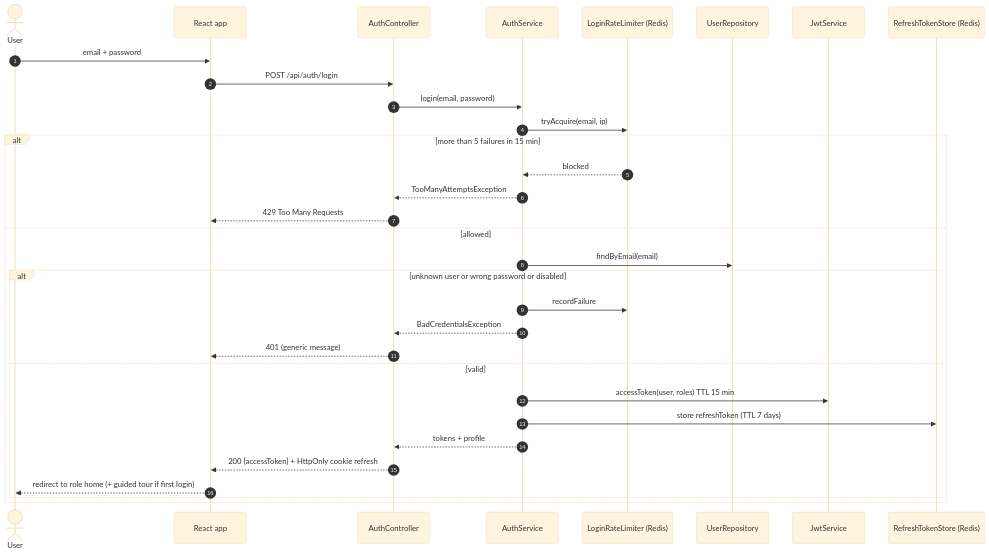
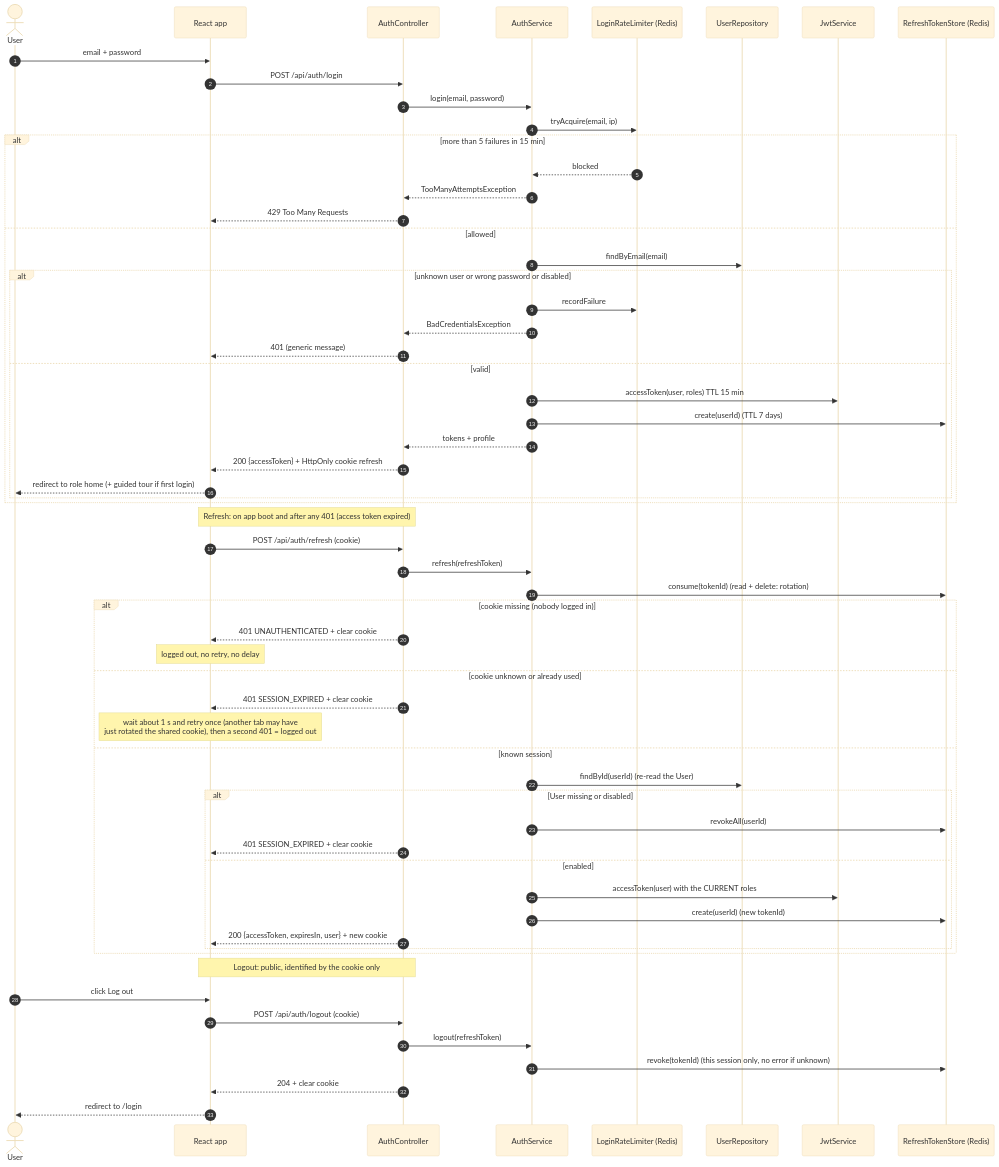
Before and after one commit to Iyed-M/olive-connect: the second of 16 diagrams in docs/04-uml-design.md, drawn with Mermaid (base theme). The commit also changed other lines of this file and 15 other files, not shown here.

First line of the commit message:
M1a.2: session survives a reload, and logout ends it (#5)

````diff
--- a/docs/04-uml-design.md
+++ b/docs/04-uml-design.md
@@ -394,35 +394,65 @@
 ```mermaid
 sequenceDiagram
     autonumber
     actor U as User
     participant FE as React app
     participant AC as AuthController
     participant AS as AuthService
     participant RL as LoginRateLimiter (Redis)
     participant UR as UserRepository
     participant JS as JwtService
     participant RT as RefreshTokenStore (Redis)
 
     U->>FE: email + password
     FE->>AC: POST /api/auth/login
     AC->>AS: login(email, password)
     AS->>RL: tryAcquire(email, ip)
     alt more than 5 failures in 15 min
         RL-->>AS: blocked
         AS-->>AC: TooManyAttemptsException
         AC-->>FE: 429 Too Many Requests
     else allowed
         AS->>UR: findByEmail(email)
         alt unknown user or wrong password or disabled
             AS->>RL: recordFailure
             AS-->>AC: BadCredentialsException
             AC-->>FE: 401 (generic message)
         else valid
             AS->>JS: accessToken(user, roles) TTL 15 min
-            AS->>RT: store refreshToken (TTL 7 days)
+            AS->>RT: create(userId) (TTL 7 days)
             AS-->>AC: tokens + profile
             AC-->>FE: 200 {accessToken} + HttpOnly cookie refresh
             FE-->>U: redirect to role home (+ guided tour if first login)
         end
     end
+
+    Note over FE,AC: Refresh: on app boot and after any 401 (access token expired)
+    FE->>AC: POST /api/auth/refresh (cookie)
+    AC->>AS: refresh(refreshToken)
+    AS->>RT: consume(tokenId) (read + delete: rotation)
+    alt cookie missing (nobody logged in)
+        AC-->>FE: 401 UNAUTHENTICATED + clear cookie
+        Note over FE: logged out, no retry, no delay
+    else cookie unknown or already used
+        AC-->>FE: 401 SESSION_EXPIRED + clear cookie
+        Note over FE: wait about 1 s and retry once (another tab may have<br/>just rotated the shared cookie), then a second 401 = logged out
+    else known session
+        AS->>UR: findById(userId) (re-read the User)
+        alt User missing or disabled
+            AS->>RT: revokeAll(userId)
+            AC-->>FE: 401 SESSION_EXPIRED + clear cookie
+        else enabled
+            AS->>JS: accessToken(user) with the CURRENT roles
+            AS->>RT: create(userId) (new tokenId)
+            AC-->>FE: 200 {accessToken, expiresIn, user} + new cookie
+        end
+    end
+
+    Note over FE,AC: Logout: public, identified by the cookie only
+    U->>FE: click Log out
+    FE->>AC: POST /api/auth/logout (cookie)
+    AC->>AS: logout(refreshToken)
+    AS->>RT: revoke(tokenId) (this session only, no error if unknown)
+    AC-->>FE: 204 + clear cookie
+    FE-->>U: redirect to /login
 ```
````
